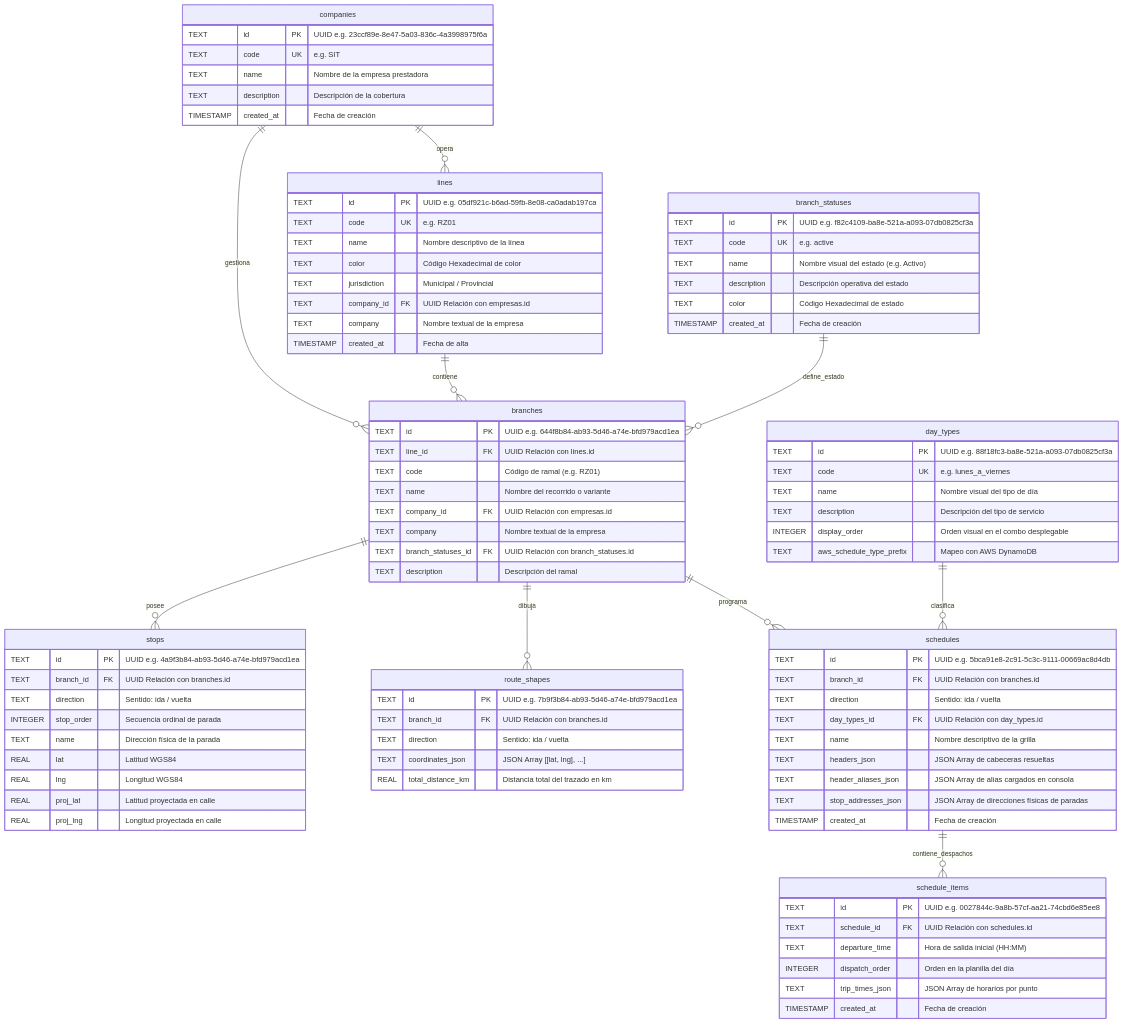
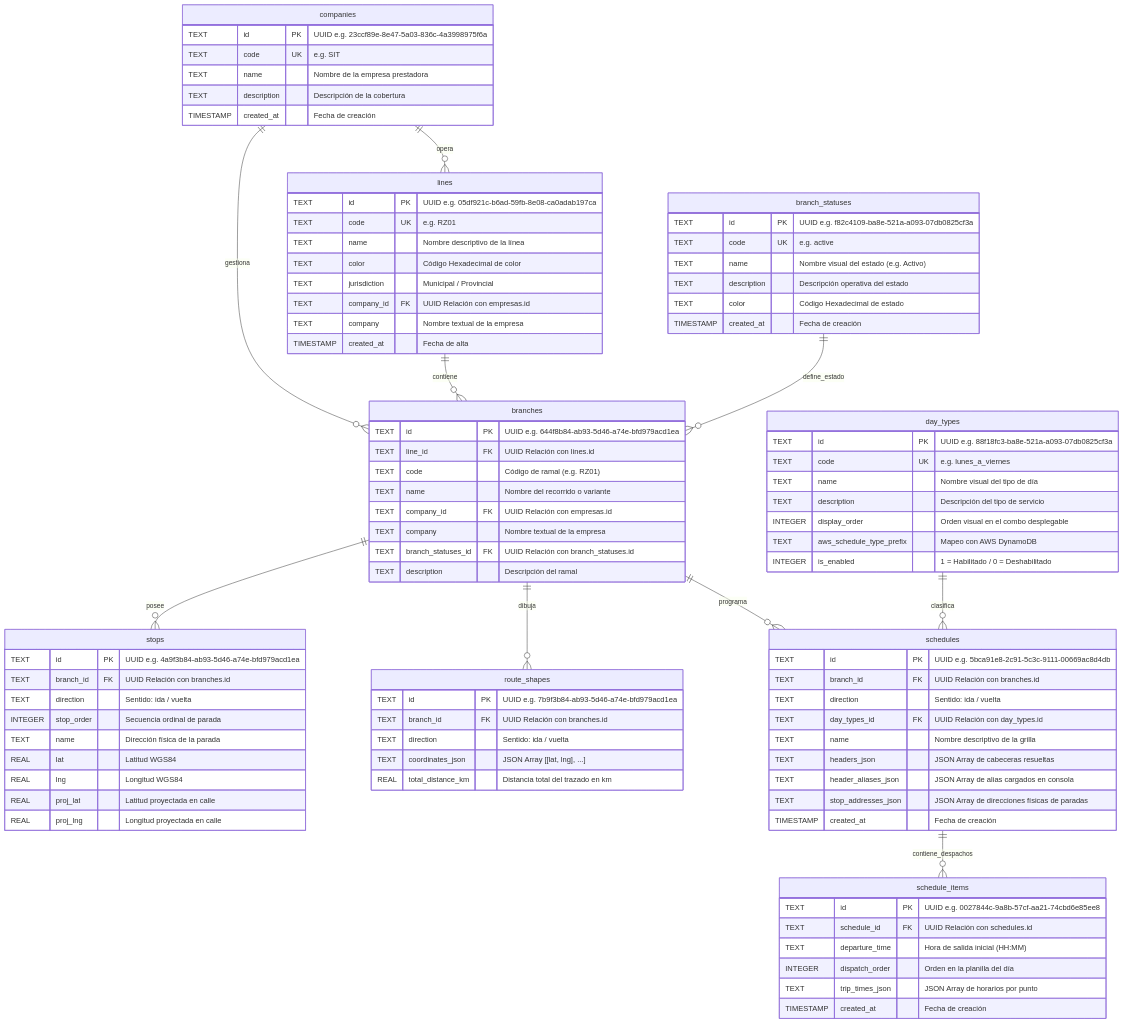
One commit to CollieHub/collie-mobility-transit-webpage-app-docs changed the diagram in database/entity_relationship_diagram.mmd. Above: the diagram before and after it, drawn with Mermaid. The commit also changed 1 other file, not shown here.

Commit message:
docs(database): document is_enabled column in day_types table

```diff
--- a/database/entity_relationship_diagram.mmd
+++ b/database/entity_relationship_diagram.mmd
@@ -1,99 +1,100 @@
 erDiagram
     companies ||--o{ lines : "opera"
     companies ||--o{ branches : "gestiona"
     lines ||--o{ branches : "contiene"
     branch_statuses ||--o{ branches : "define_estado"
     branches ||--o{ stops : "posee"
     branches ||--o{ route_shapes : "dibuja"
     branches ||--o{ schedules : "programa"
     day_types ||--o{ schedules : "clasifica"
     schedules ||--o{ schedule_items : "contiene_despachos"
 
     companies {
         TEXT id PK "UUID e.g. 23ccf89e-8e47-5a03-836c-4a3998975f6a"
         TEXT code UK "e.g. SIT"
         TEXT name "Nombre de la empresa prestadora"
         TEXT description "Descripción de la cobertura"
         TIMESTAMP created_at "Fecha de creación"
     }
 
     lines {
         TEXT id PK "UUID e.g. 05df921c-b6ad-59fb-8e08-ca0adab197ca"
         TEXT code UK "e.g. RZ01"
         TEXT name "Nombre descriptivo de la línea"
         TEXT color "Código Hexadecimal de color"
         TEXT jurisdiction "Municipal / Provincial"
         TEXT company_id FK "UUID Relación con empresas.id"
         TEXT company "Nombre textual de la empresa"
         TIMESTAMP created_at "Fecha de alta"
     }
 
     branch_statuses {
         TEXT id PK "UUID e.g. f82c4109-ba8e-521a-a093-07db0825cf3a"
         TEXT code UK "e.g. active"
         TEXT name "Nombre visual del estado (e.g. Activo)"
         TEXT description "Descripción operativa del estado"
         TEXT color "Código Hexadecimal de estado"
         TIMESTAMP created_at "Fecha de creación"
     }
 
     branches {
         TEXT id PK "UUID e.g. 644f8b84-ab93-5d46-a74e-bfd979acd1ea"
         TEXT line_id FK "UUID Relación con lines.id"
         TEXT code "Código de ramal (e.g. RZ01)"
         TEXT name "Nombre del recorrido o variante"
         TEXT company_id FK "UUID Relación con empresas.id"
         TEXT company "Nombre textual de la empresa"
         TEXT branch_statuses_id FK "UUID Relación con branch_statuses.id"
         TEXT description "Descripción del ramal"
     }
 
     stops {
         TEXT id PK "UUID e.g. 4a9f3b84-ab93-5d46-a74e-bfd979acd1ea"
         TEXT branch_id FK "UUID Relación con branches.id"
         TEXT direction "Sentido: ida / vuelta"
         INTEGER stop_order "Secuencia ordinal de parada"
         TEXT name "Dirección física de la parada"
         REAL lat "Latitud WGS84"
         REAL lng "Longitud WGS84"
         REAL proj_lat "Latitud proyectada en calle"
         REAL proj_lng "Longitud proyectada en calle"
     }
 
     route_shapes {
         TEXT id PK "UUID e.g. 7b9f3b84-ab93-5d46-a74e-bfd979acd1ea"
         TEXT branch_id FK "UUID Relación con branches.id"
         TEXT direction "Sentido: ida / vuelta"
         TEXT coordinates_json "JSON Array [[lat, lng], ...]"
         REAL total_distance_km "Distancia total del trazado en km"
     }
 
     day_types {
         TEXT id PK "UUID e.g. 88f18fc3-ba8e-521a-a093-07db0825cf3a"
         TEXT code UK "e.g. lunes_a_viernes"
         TEXT name "Nombre visual del tipo de día"
         TEXT description "Descripción del tipo de servicio"
         INTEGER display_order "Orden visual en el combo desplegable"
         TEXT aws_schedule_type_prefix "Mapeo con AWS DynamoDB"
+        INTEGER is_enabled "1 = Habilitado / 0 = Deshabilitado"
     }
 
     schedules {
         TEXT id PK "UUID e.g. 5bca91e8-2c91-5c3c-9111-00669ac8d4db"
         TEXT branch_id FK "UUID Relación con branches.id"
         TEXT direction "Sentido: ida / vuelta"
         TEXT day_types_id FK "UUID Relación con day_types.id"
         TEXT name "Nombre descriptivo de la grilla"
         TEXT headers_json "JSON Array de cabeceras resueltas"
         TEXT header_aliases_json "JSON Array de alias cargados en consola"
         TEXT stop_addresses_json "JSON Array de direcciones físicas de paradas"
         TIMESTAMP created_at "Fecha de creación"
     }
 
     schedule_items {
         TEXT id PK "UUID e.g. 0027844c-9a8b-57cf-aa21-74cbd6e85ee8"
         TEXT schedule_id FK "UUID Relación con schedules.id"
         TEXT departure_time "Hora de salida inicial (HH:MM)"
         INTEGER dispatch_order "Orden en la planilla del día"
         TEXT trip_times_json "JSON Array de horarios por punto"
         TIMESTAMP created_at "Fecha de creación"
     }
```
